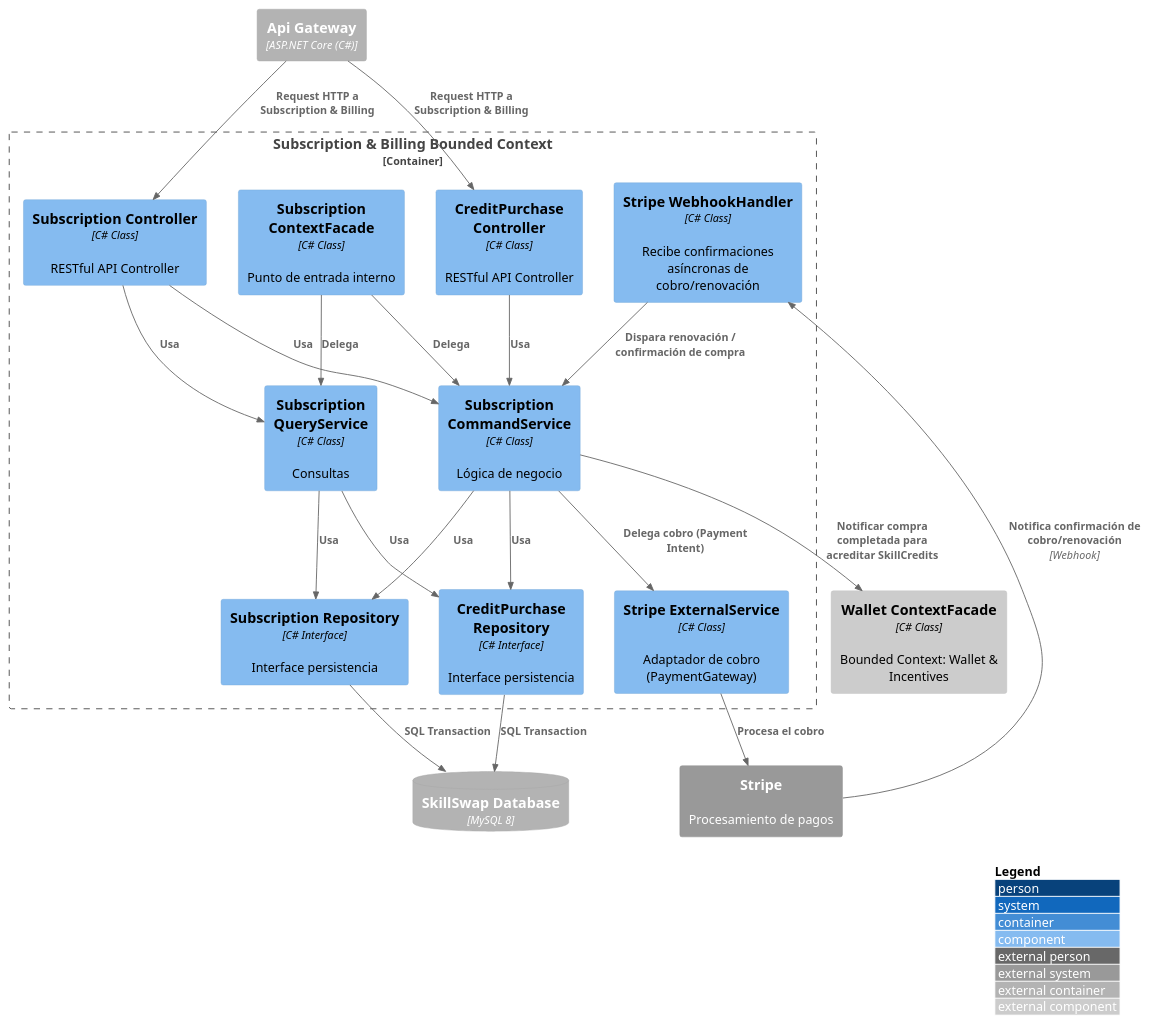
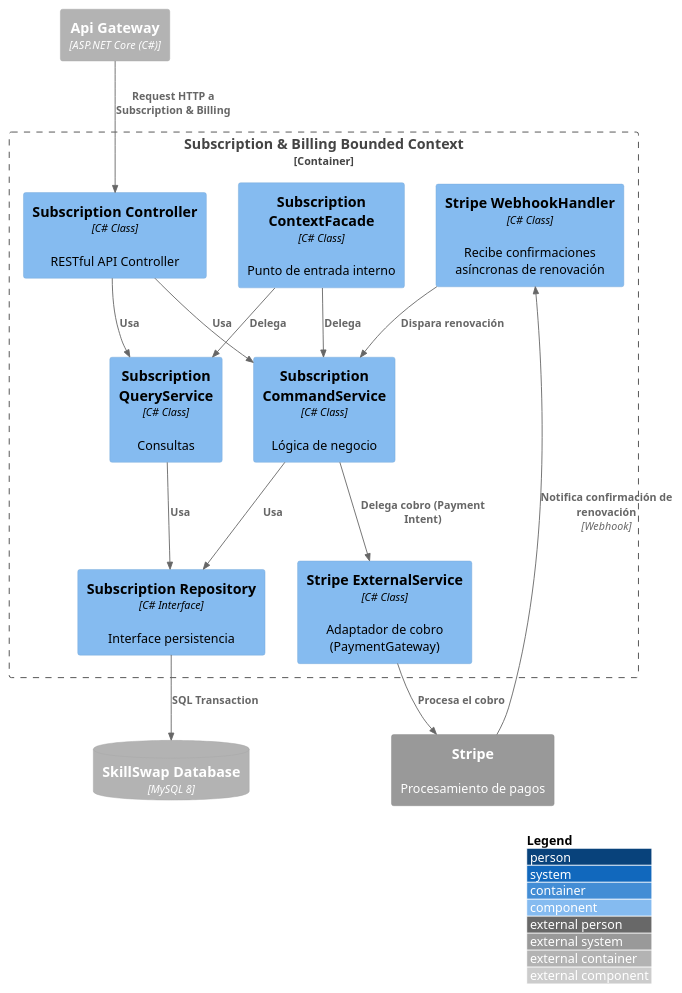
One commit to Aplicaciones-Dispositivos-Moviles/SkillSwap-ProjectReport changed the diagram in DB&C4/Component_Diagram_Subscription_Billing.puml. Above: the diagram before and after it, drawn with PlantUML. The commit also changed 10 other files, not shown here.

Commit message:
docs: update architecture, DDD, and initial chapters for AI verification pivot

```diff
--- a/DB&C4/Component_Diagram_Subscription_Billing.puml
+++ b/DB&C4/Component_Diagram_Subscription_Billing.puml
@@ -1,49 +1,38 @@
 @startuml SubscriptionBillingComponent
 !include https://raw.githubusercontent.com/plantuml-stdlib/C4-PlantUML/master/C4_Component.puml
 
 LAYOUT_WITH_LEGEND()
 
 Container_Ext(apiGateway, "Api Gateway", "ASP.NET Core (C#)")
 ContainerDb_Ext(mainDB, "SkillSwap Database", "MySQL 8")
 System_Ext(stripeApi, "Stripe", "Procesamiento de pagos")
 
 Container_Boundary(subscriptionBC, "Subscription & Billing Bounded Context") {
     Component(subscriptionController, "Subscription Controller", "C# Class", "RESTful API Controller")
-    Component(creditPurchaseController, "CreditPurchase Controller", "C# Class", "RESTful API Controller")
     Component(subscriptionCommandService, "Subscription CommandService", "C# Class", "Lógica de negocio")
     Component(subscriptionQueryService, "Subscription QueryService", "C# Class", "Consultas")
     Component(subscriptionRepository, "Subscription Repository", "C# Interface", "Interface persistencia")
-    Component(creditPurchaseRepository, "CreditPurchase Repository", "C# Interface", "Interface persistencia")
     Component(stripeGatewayExternal, "Stripe ExternalService", "C# Class", "Adaptador de cobro (PaymentGateway)")
-    Component(webhookHandler, "Stripe WebhookHandler", "C# Class", "Recibe confirmaciones asíncronas de cobro/renovación")
+    Component(webhookHandler, "Stripe WebhookHandler", "C# Class", "Recibe confirmaciones asíncronas de renovación")
     Component(subscriptionContextFacade, "Subscription ContextFacade", "C# Class", "Punto de entrada interno")
 }
 
-Component_Ext(walletContextFacade, "Wallet ContextFacade", "C# Class", "Bounded Context: Wallet & Incentives")
-
 Rel(apiGateway, subscriptionController, "Request HTTP a Subscription & Billing")
-Rel(apiGateway, creditPurchaseController, "Request HTTP a Subscription & Billing")
 
 Rel(subscriptionController, subscriptionCommandService, "Usa")
 Rel(subscriptionController, subscriptionQueryService, "Usa")
-Rel(creditPurchaseController, subscriptionCommandService, "Usa")
 
 Rel(subscriptionCommandService, subscriptionRepository, "Usa")
-Rel(subscriptionCommandService, creditPurchaseRepository, "Usa")
 Rel(subscriptionQueryService, subscriptionRepository, "Usa")
-Rel(subscriptionQueryService, creditPurchaseRepository, "Usa")
 Rel(subscriptionRepository, mainDB, "SQL Transaction")
-Rel(creditPurchaseRepository, mainDB, "SQL Transaction")
 
 Rel(subscriptionCommandService, stripeGatewayExternal, "Delega cobro (Payment Intent)")
 Rel(stripeGatewayExternal, stripeApi, "Procesa el cobro")
 
-Rel(stripeApi, webhookHandler, "Notifica confirmación de cobro/renovación", "Webhook")
-Rel(webhookHandler, subscriptionCommandService, "Dispara renovación / confirmación de compra")
-
-Rel(subscriptionCommandService, walletContextFacade, "Notificar compra completada para acreditar SkillCredits")
+Rel(stripeApi, webhookHandler, "Notifica confirmación de renovación", "Webhook")
+Rel(webhookHandler, subscriptionCommandService, "Dispara renovación")
 
 Rel(subscriptionContextFacade, subscriptionCommandService, "Delega")
 Rel(subscriptionContextFacade, subscriptionQueryService, "Delega")
 
 @enduml
```
